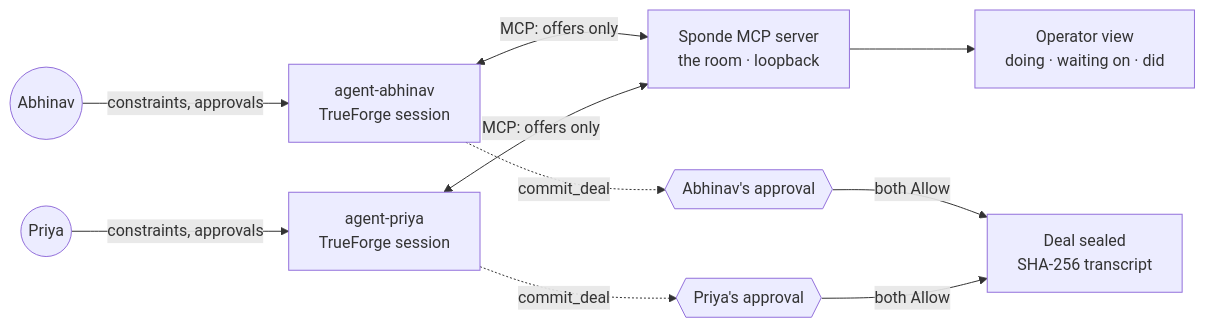
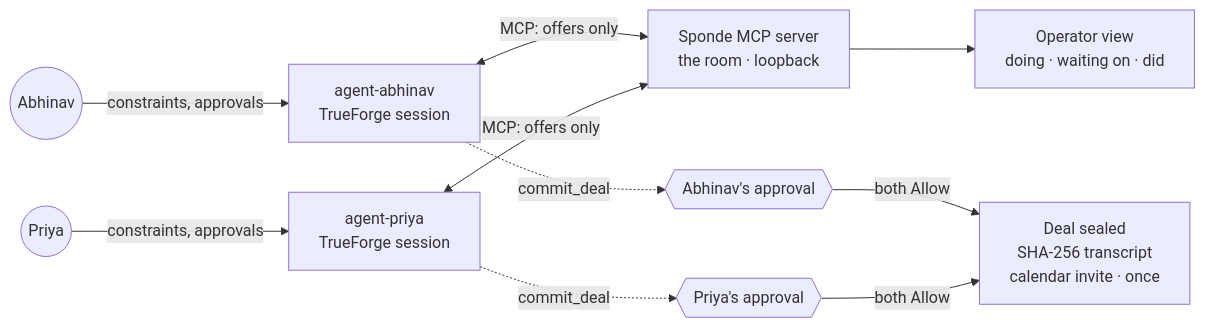
Before and after one commit to AbhinavGGarg/Sponde: the diagram in README.md, drawn with Mermaid. The commit also changed other lines of this file, not shown here.

````diff
--- a/README.md
+++ b/README.md
@@ -17,11 +43,11 @@
 ```mermaid
 flowchart LR
     HA((Abhinav)) -->|constraints, approvals| A[agent-abhinav<br/>TrueForge session]
     HB((Priya)) -->|constraints, approvals| B[agent-priya<br/>TrueForge session]
     A <-->|MCP: offers only| SB[Sponde MCP server<br/>the room · loopback]
     B <-->|MCP: offers only| SB
     SB --> OV[Operator view<br/>doing · waiting on · did]
     A -.->|commit_deal| GA{{Abhinav's approval}}
     B -.->|commit_deal| GB{{Priya's approval}}
-    GA & GB -->|both Allow| SEAL[Deal sealed<br/>SHA-256 transcript]
+    GA & GB -->|both Allow| SEAL[Deal sealed<br/>SHA-256 transcript<br/>calendar invite · once]
 ```
````
